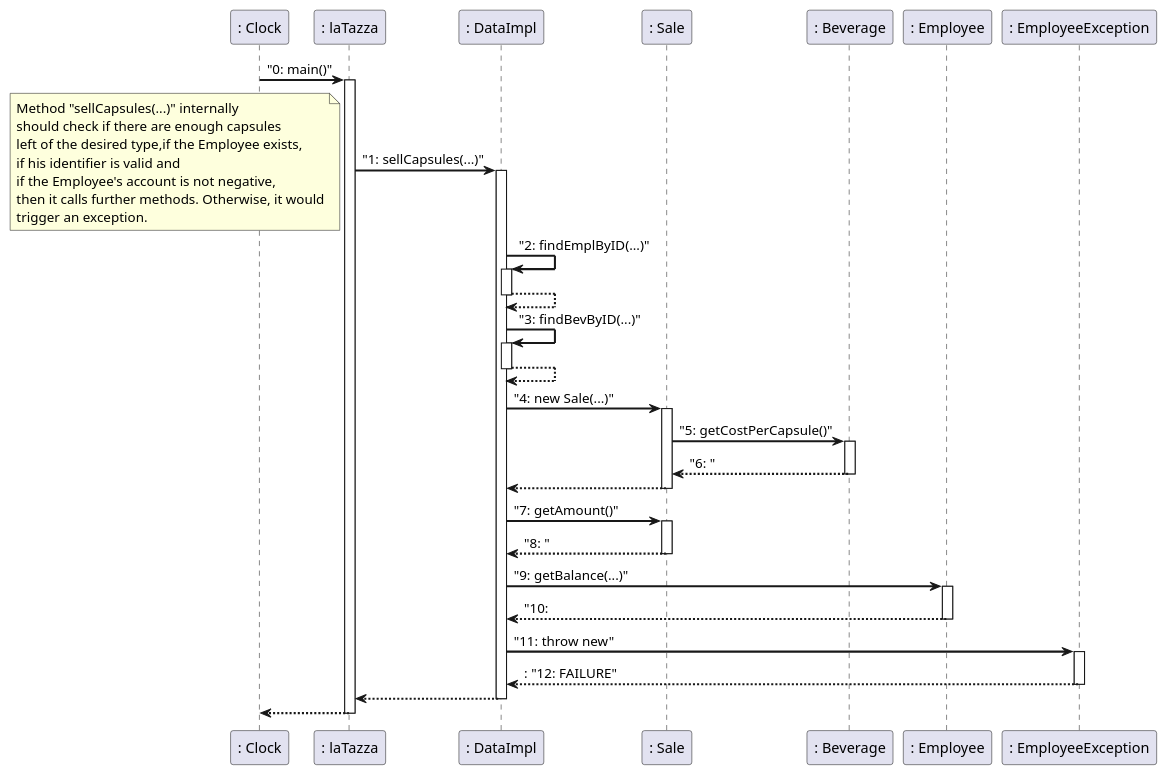
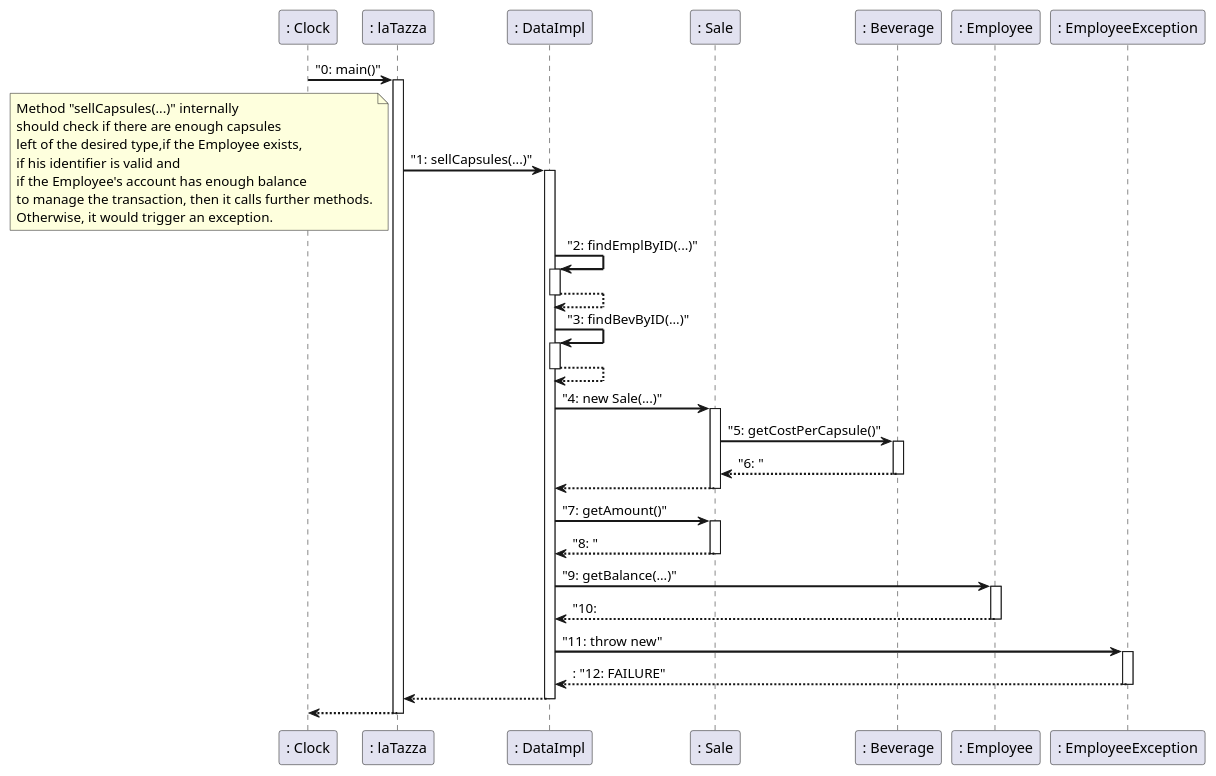
Before and after one commit to DarkSee/LaTazza: the sixth of 6 diagrams in templates/DesignDocumentTemplate.md, drawn with PlantUML. The commit also changed other lines of this file, not shown here.

Commit message:
Update note in sequence diagrams

````diff
--- a/templates/DesignDocumentTemplate.md
+++ b/templates/DesignDocumentTemplate.md
@@ -297,38 +297,38 @@
 ```plantuml
 
 skinparam sequenceArrowThickness 2
 autoactivate on
 
 ": Clock" -> ": laTazza": "0: main()"
 ": laTazza" -> ": DataImpl": "1: sellCapsules(...)"
 note left
         Method "sellCapsules(...)" internally
         should check if there are enough capsules 
         left of the desired type,if the Employee exists,
         if his identifier is valid and
-        if the Employee's account is not negative,
-        then it calls further methods. Otherwise, it would
-        trigger an exception.
+        if the Employee's account has enough balance
+        to manage the transaction, then it calls further methods.
+        Otherwise, it would trigger an exception.
 end note
 ": DataImpl" -> ": DataImpl": "2: findEmplByID(...)"
 return
 ": DataImpl" -> ": DataImpl": "3: findBevByID(...)"
 return
 ": DataImpl" -> ": Sale": "4: new Sale(...)"
 ": Sale" -> ": Beverage": "5: getCostPerCapsule()"
 ": Sale" <--": Beverage": "6: "
 return
 ": DataImpl" -> ": Sale": "7: getAmount()"
 ": DataImpl" <-- ": Sale": "8: " 
 ": DataImpl" -> ": Employee": "9: getBalance(...)"
 ": DataImpl" <-- ": Employee": "10: 
 
 
 ": DataImpl" -> ": EmployeeException": "11: throw new"
 
 return : "12: FAILURE"
 return
 return
 @enduml
 
 ```
````
